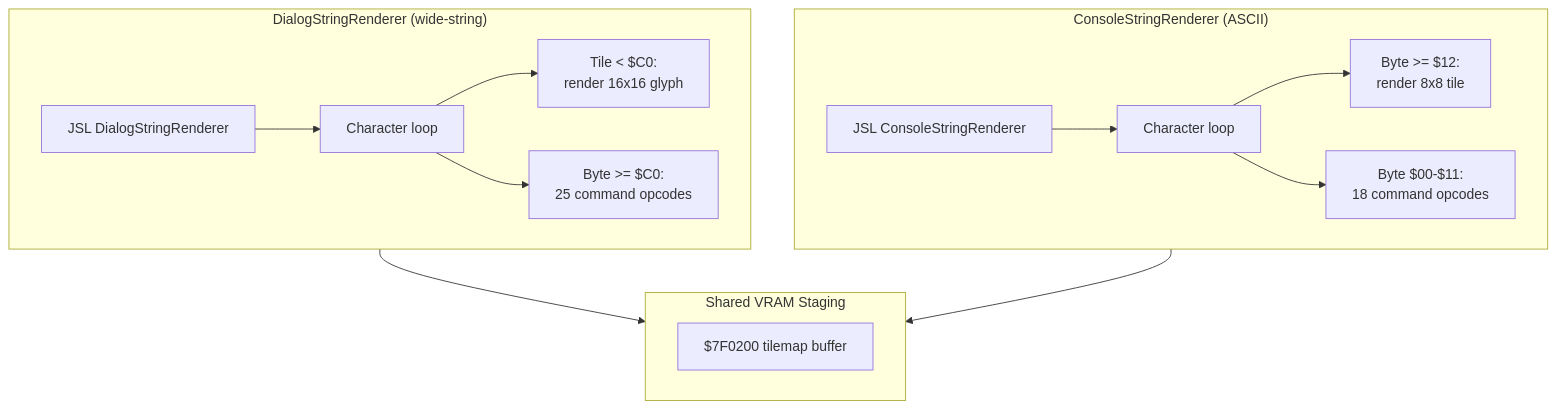
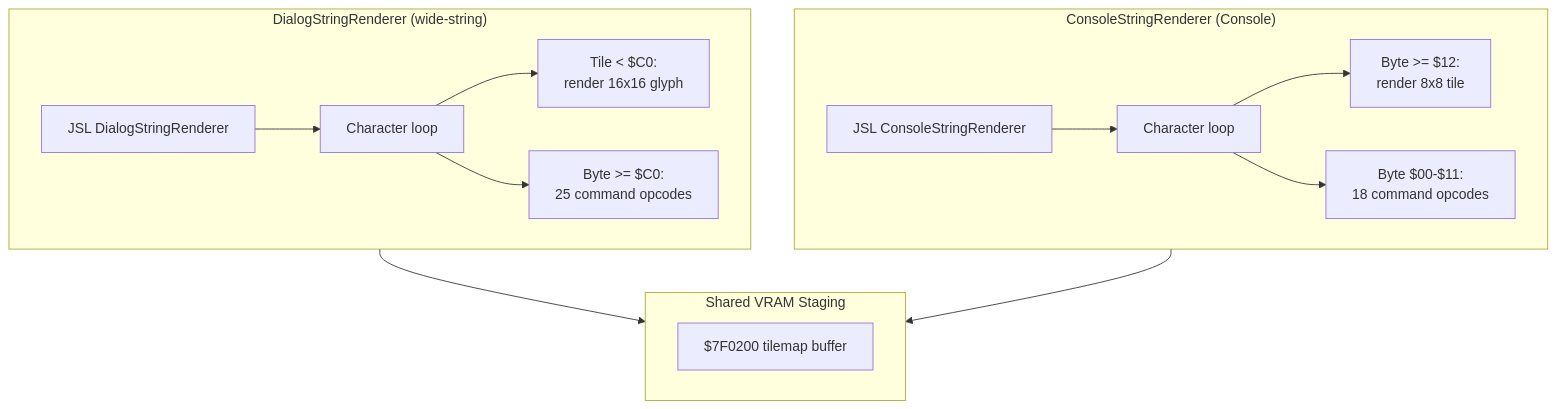
Before and after one commit to Azarem/gaia-iog-baserom: the diagram in docs/code/bank03/text-and-menus.md, drawn with Mermaid. The commit also changed other lines of this file and 13 other files, not shown here.

````diff
--- a/docs/code/bank03/text-and-menus.md
+++ b/docs/code/bank03/text-and-menus.md
@@ -26,29 +26,29 @@
 ```mermaid
 flowchart TD
     subgraph DialogEngine["DialogStringRenderer (wide-string)"]
         WideEntry["JSL DialogStringRenderer"]
         WideLoop["Character loop"]
         WideChar["Tile < $C0:\nrender 16x16 glyph"]
         WideCmd["Byte >= $C0:\n25 command opcodes"]
         WideEntry --> WideLoop
         WideLoop --> WideChar
         WideLoop --> WideCmd
     end
 
-    subgraph ConsoleEngine["ConsoleStringRenderer (ASCII)"]
-        AsciiEntry["JSL ConsoleStringRenderer"]
-        AsciiLoop["Character loop"]
-        AsciiChar["Byte >= $12:\nrender 8x8 tile"]
-        AsciiCmd["Byte $00-$11:\n18 command opcodes"]
-        AsciiEntry --> AsciiLoop
-        AsciiLoop --> AsciiChar
-        AsciiLoop --> AsciiCmd
+    subgraph ConsoleEngine["ConsoleStringRenderer (Console)"]
+        ConsoleEntry["JSL ConsoleStringRenderer"]
+        ConsoleLoop["Character loop"]
+        ConsoleChar["Byte >= $12:\nrender 8x8 tile"]
+        ConsoleCmd["Byte $00-$11:\n18 command opcodes"]
+        ConsoleEntry --> ConsoleLoop
+        ConsoleLoop --> ConsoleChar
+        ConsoleLoop --> ConsoleCmd
     end
 
     subgraph SharedVRAM["Shared VRAM Staging"]
         Buffer["$7F0200 tilemap buffer"]
     end
 
     DialogEngine --> SharedVRAM
     ConsoleEngine --> SharedVRAM
 ```
````
